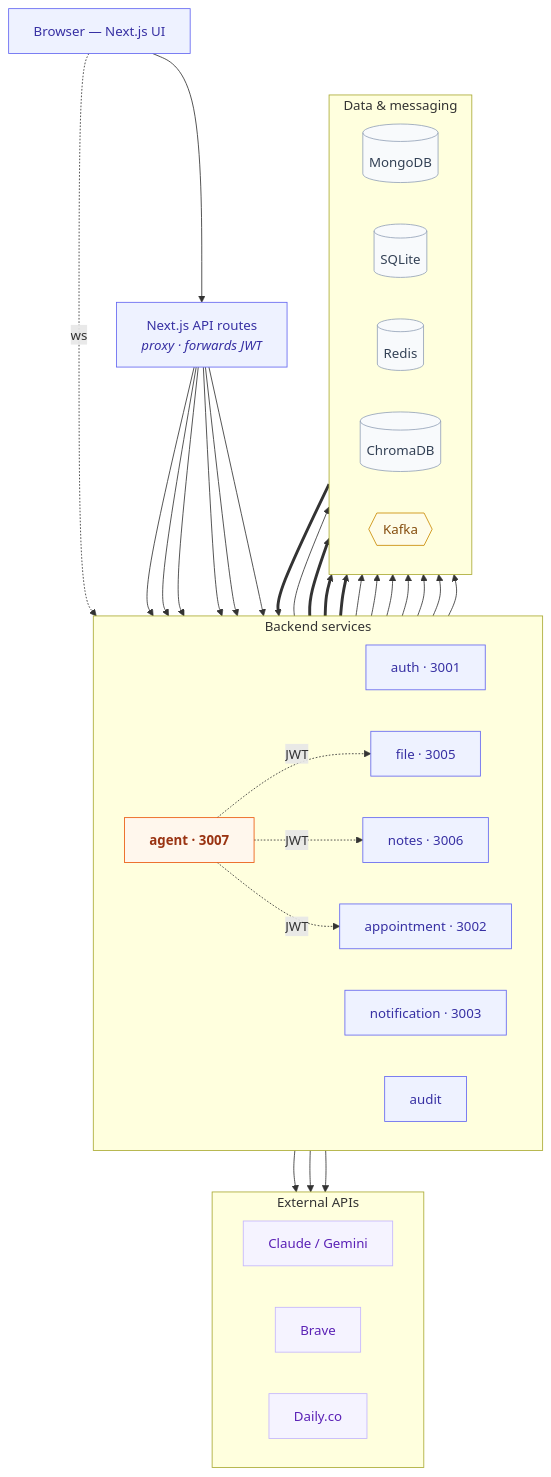
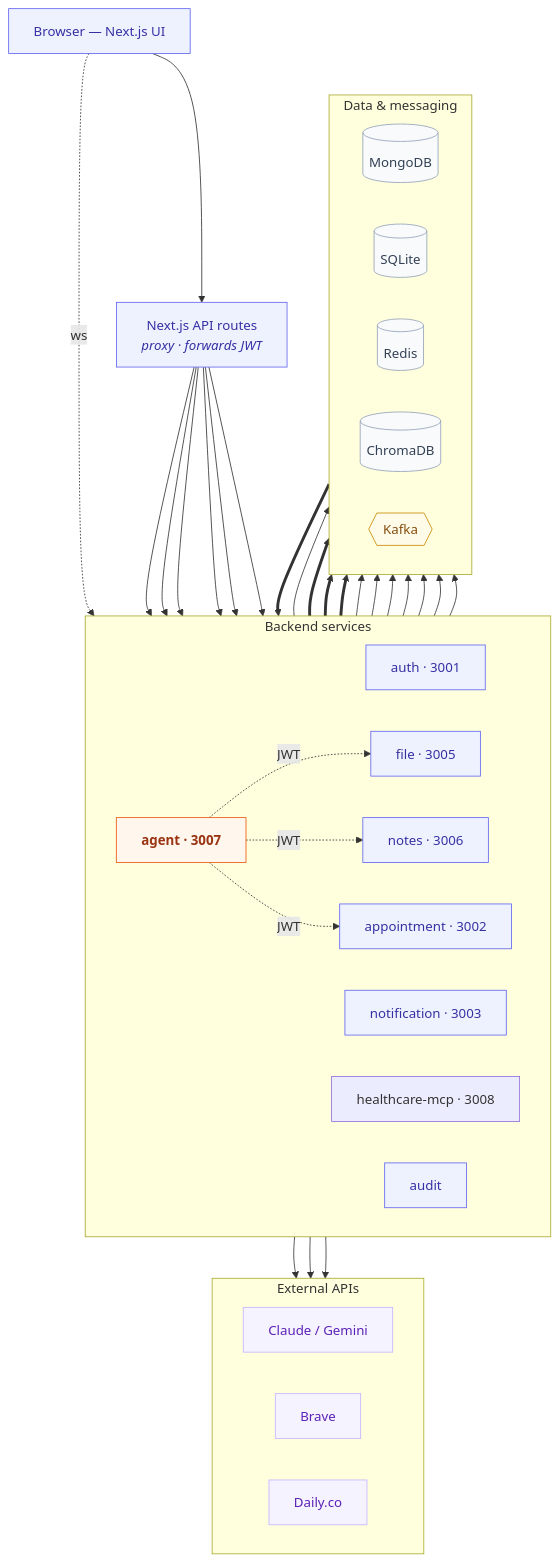
Before and after one commit to muhammadusamahoyrr/mentor: the diagram in README.md, drawn with Mermaid. The commit also changed other lines of this file and 72 other files, not shown here.

````diff
--- a/README.md
+++ b/README.md
@@ -39,58 +39,59 @@
 ```mermaid
 flowchart TB
     Browser["Browser — Next.js UI"]
     Next["Next.js API routes<br/><i>proxy · forwards JWT</i>"]
 
     subgraph svc["Backend services"]
         direction LR
         Auth["auth · 3001"]
         Appt["appointment · 3002"]
         Notif["notification · 3003"]
         File["file · 3005"]
         Notes["notes · 3006"]
         Agent["agent · 3007"]
+        Mcp["healthcare-mcp · 3008"]
         Audit["audit"]
     end
 
     subgraph infra["Data &amp; messaging"]
         direction LR
         Mongo[("MongoDB")]
         SQLite[("SQLite")]
         Redis[("Redis")]
         Chroma[("ChromaDB")]
         Bus{{"Kafka"}}
     end
 
     subgraph ext["External APIs"]
         direction LR
         LLM["Claude / Gemini"]
         Brave["Brave"]
         Daily["Daily.co"]
     end
 
     Browser --> Next
     Browser -. ws .-> Notif
     Next --> Auth & Appt & Notif & File & Notes & Agent
 
     Agent -. JWT .-> File & Notes & Appt
     Agent --> LLM & Brave & Chroma
     Appt --> Daily
 
     Auth & Appt & Agent ==> Bus ==> Audit
 
     Auth & Appt & Notif & File & Audit --> Mongo
     Notes --> SQLite
     Agent --> Redis
 
     classDef app fill:#eef2ff,stroke:#6366f1,color:#3730a3;
     classDef agent fill:#fff7ed,stroke:#ea580c,color:#9a3412,font-weight:bold;
     classDef store fill:#f8fafc,stroke:#94a3b8,color:#334155;
     classDef bus fill:#fefce8,stroke:#ca8a04,color:#854d0e;
     classDef external fill:#f5f3ff,stroke:#c4b5fd,color:#5b21b6;
 
     class Browser,Next,Auth,Appt,Notif,File,Notes,Audit app;
     class Agent agent;
     class Mongo,SQLite,Redis,Chroma store;
     class Bus bus;
     class LLM,Brave,Daily external;
 ```
````
